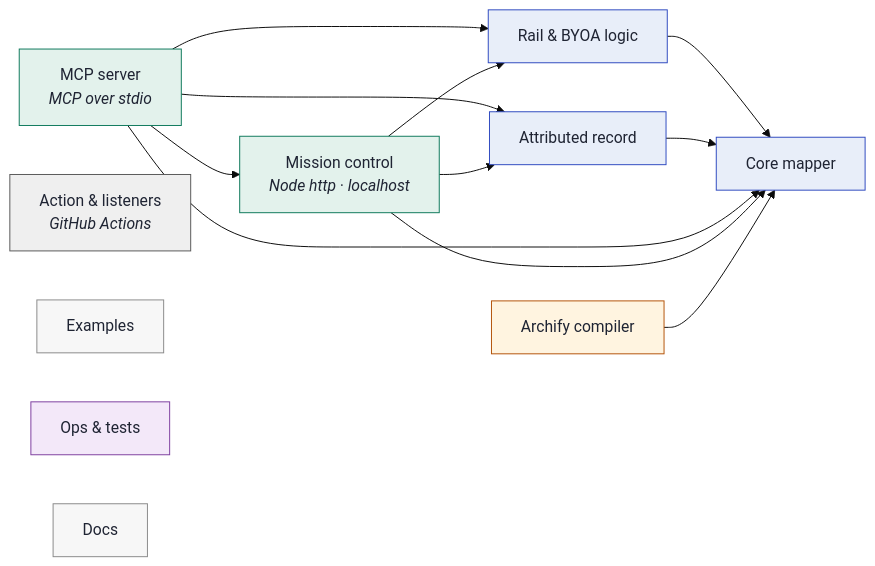
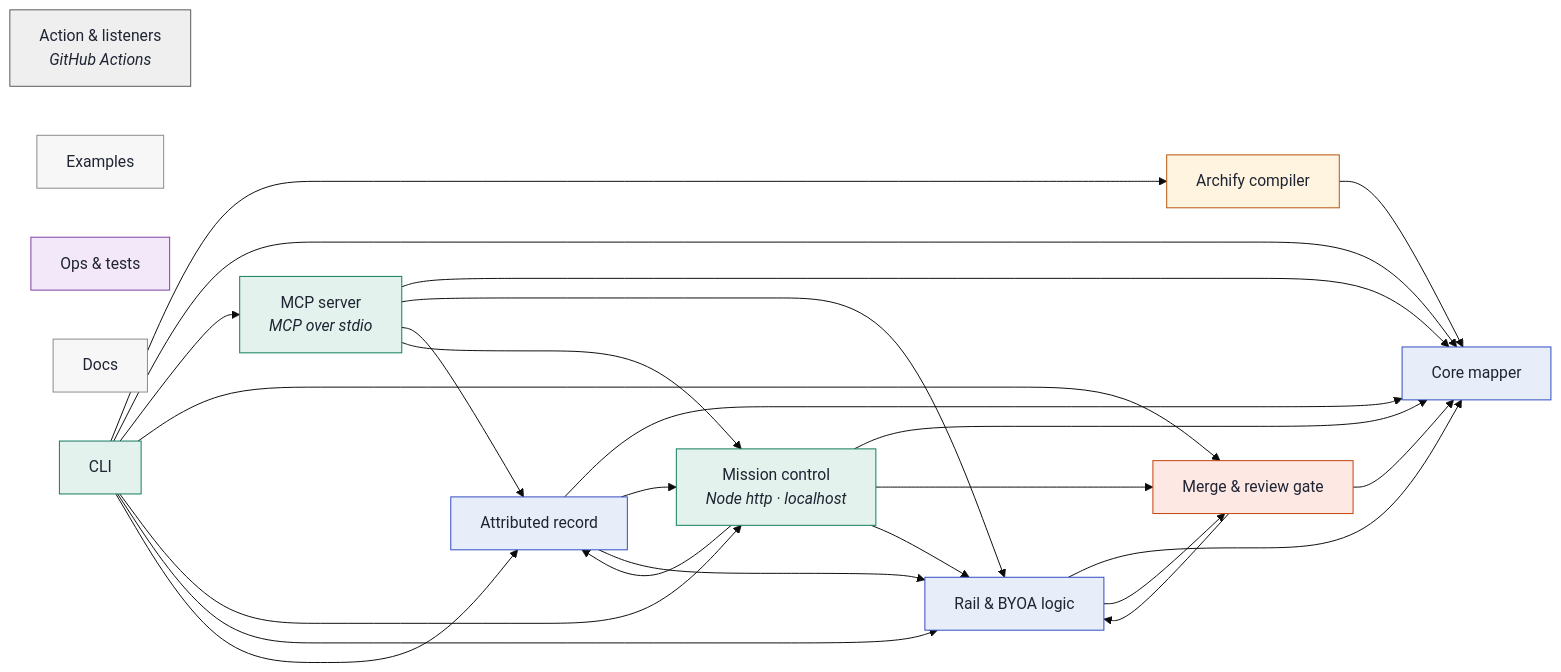
One commit to tapaskar/archwhere changed the diagram in ARCHITECTURE.md. Above: the diagram before and after it, drawn with Mermaid (base theme). The commit also changed other lines of this file and 19 other files, not shown here.

````diff
--- a/ARCHITECTURE.md
+++ b/ARCHITECTURE.md
@@ -5,38 +5,54 @@
 ```mermaid
 flowchart LR
   core["Core mapper"]
   rail["Rail & BYOA logic"]
   record["Attributed record"]
   mcp["MCP server<br/><i>MCP over stdio</i>"]
   mission["Mission control<br/><i>Node http · localhost</i>"]
   archify["Archify compiler"]
   integrations["Action & listeners<br/><i>GitHub Actions</i>"]
   examples["Examples"]
   ops["Ops & tests"]
   docs["Docs"]
+  merge-gate["Merge & review gate"]
+  cli["CLI"]
   rail --> core
+  rail --> merge-gate
   record --> core
+  record --> mission
+  record --> rail
   mcp --> core
   mcp --> rail
   mcp --> record
   mcp --> mission
   mission --> core
+  mission --> merge-gate
   mission --> rail
   mission --> record
   archify --> core
+  merge-gate --> core
+  merge-gate --> rail
+  cli --> archify
+  cli --> core
+  cli --> mcp
+  cli --> merge-gate
+  cli --> mission
+  cli --> rail
+  cli --> record
   classDef core fill:#E8EEF9,stroke:#2F4AC0,color:#1F2433
   classDef security fill:#FDE8E4,stroke:#C2410C,color:#1F2433
   classDef feature fill:#FFF4E0,stroke:#B45309,color:#1F2433
   classDef infra fill:#EFEFEF,stroke:#595959,color:#1F2433
   classDef product fill:#E3F2EC,stroke:#0F7A5C,color:#1F2433
   classDef ops fill:#F3E8F9,stroke:#7E3FA0,color:#1F2433
   classDef docs fill:#F7F7F7,stroke:#8A8A8A,color:#1F2433
   classDef other fill:#F2F2EF,stroke:#777,color:#1F2433
   classDef touched fill:#F7B32B,stroke:#1F2433,stroke-width:3px,color:#1F2433
   class core,rail,record core
-  class mcp,mission product
+  class mcp,mission,cli product
   class archify feature
   class integrations infra
   class examples,docs docs
   class ops ops
+  class merge-gate security
 ```
````
